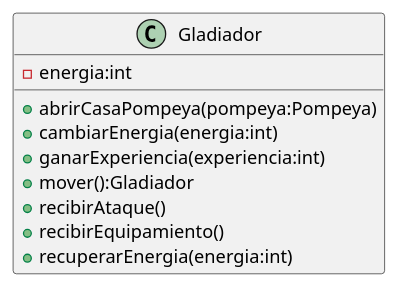
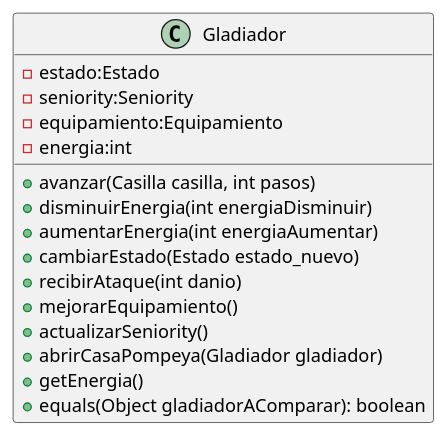
Before and after one commit to mcumskov/Algo3_tp2: the diagram in diagrams/clases/clase_gladiador.plantuml, drawn with PlantUML. The commit also changed 32 other files, not shown here.

Commit message:
refactor casilla, actualizacion de los diagramas de clases

```diff
--- a/diagrams/clases/clase_gladiador.plantuml
+++ b/diagrams/clases/clase_gladiador.plantuml
@@ -1,12 +1,18 @@
 @startuml
     class Gladiador {
+        - estado:Estado
+        - seniority:Seniority
+        - equipamiento:Equipamiento
         - energia:int
-        + abrirCasaPompeya(pompeya:Pompeya)
-        + cambiarEnergia(energia:int)
-        + ganarExperiencia(experiencia:int)
-        + mover():Gladiador
-        + recibirAtaque()
-        + recibirEquipamiento()
-        + recuperarEnergia(energia:int)
+        + avanzar(Casilla casilla, int pasos)
+        + disminuirEnergia(int energiaDisminuir)
+        + aumentarEnergia(int energiaAumentar)
+        + cambiarEstado(Estado estado_nuevo)
+        + recibirAtaque(int danio)
+        + mejorarEquipamiento()
+        + actualizarSeniority()
+        + abrirCasaPompeya(Gladiador gladiador)
+        + getEnergia()
+        + equals(Object gladiadorAComparar): boolean
     }
 @enduml
```
